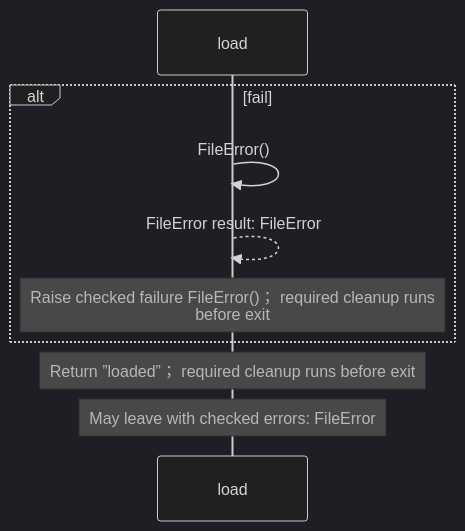
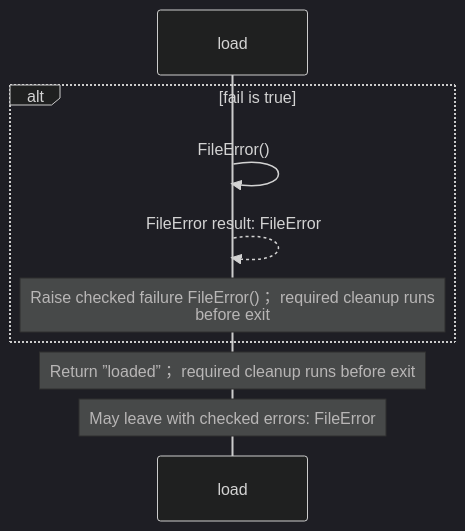
One commit to GreenPandaStudios/augscript changed the third of 3 diagrams in docs/examples/developer-workflow/calculator-diagrams.md. Above: the diagram before and after it, drawn with Mermaid (dark theme). The commit also changed other lines of this file and 658 other files, not shown here.

````diff
--- a/docs/examples/developer-workflow/calculator-diagrams.md
+++ b/docs/examples/developer-workflow/calculator-diagrams.md
@@ -76,12 +96,12 @@
 ```mermaid
 sequenceDiagram
     participant p0 as load
 
-    alt fail
+    alt fail is true
     p0->>p0: FileError()
     p0-->>p0: FileError result: FileError
     Note over p0: Raise checked failure FileError()； required cleanup runs<br/>before exit
     end
     Note over p0: Return ”loaded”； required cleanup runs before exit
     Note over p0: May leave with checked errors: FileError
 ```
````
